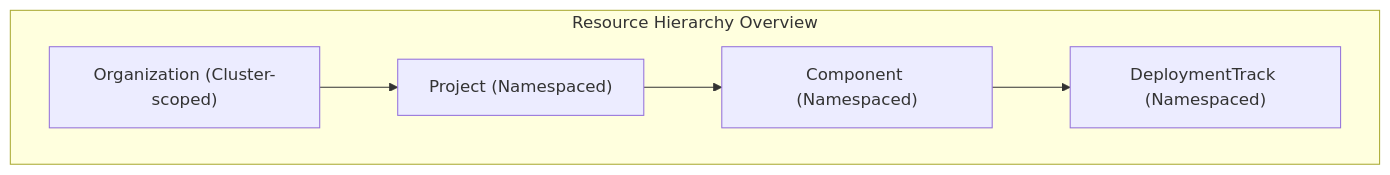
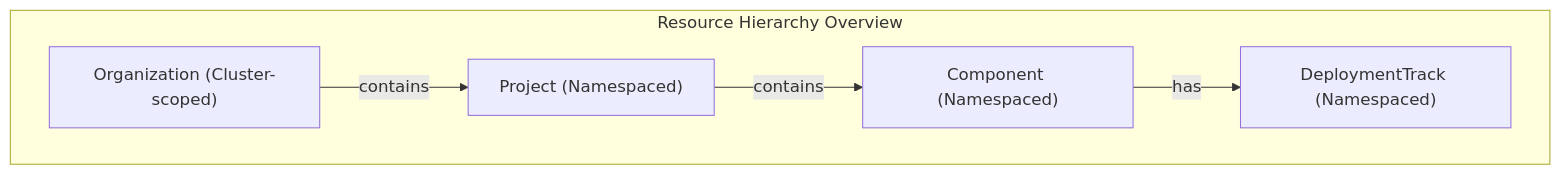
The first of 4 diagrams in docs/deepwiki/Organizational-Resources.md (openchoreo/openchoreo), drawn with Mermaid before and after one commit. The commit also changed other lines of this file and 85 other files, not shown here.

Commit message:
feat: Add new workflow and specification templates, update Helm chart dependencies, and clarify documentation diagrams.

````diff
--- a/docs/deepwiki/Organizational-Resources.md
+++ b/docs/deepwiki/Organizational-Resources.md
@@ -17,18 +17,18 @@
 ```mermaid
 flowchart TD
 
 Organization["Organization (Cluster-scoped)"]
 Project["Project (Namespaced)"]
 Component["Component (Namespaced)"]
 DeploymentTrack["DeploymentTrack (Namespaced)"]
 
 subgraph subGraph0 ["Resource Hierarchy Overview"]
     Organization
     Project
     Component
     DeploymentTrack
-    Organization --> Project
-    Project --> Component
-    Component --> DeploymentTrack
+    Organization -->|"contains"| Project
+    Project -->|"contains"| Component
+    Component -->|"has"| DeploymentTrack
 end
 ```
````
